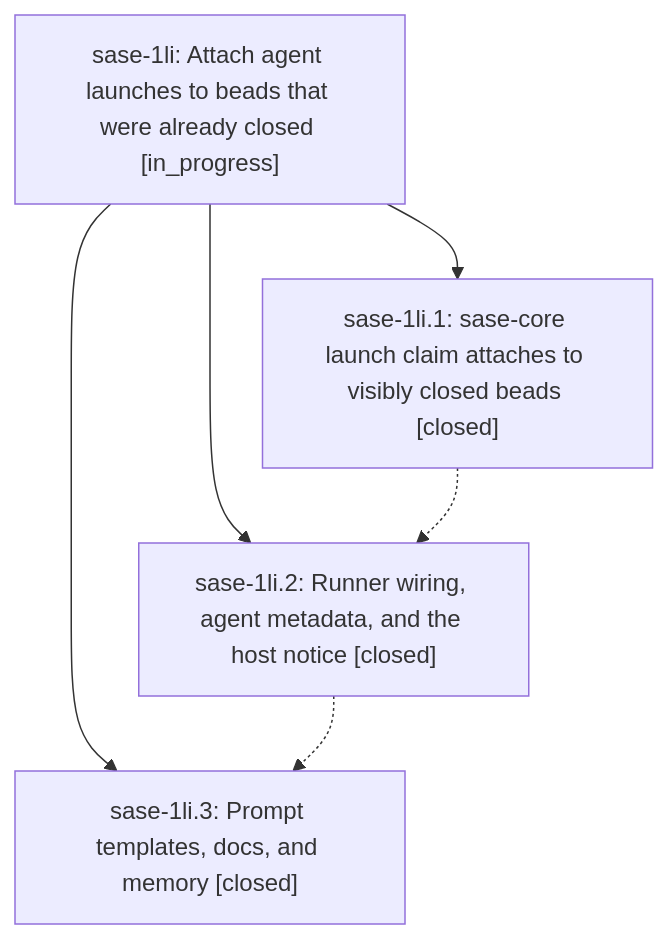
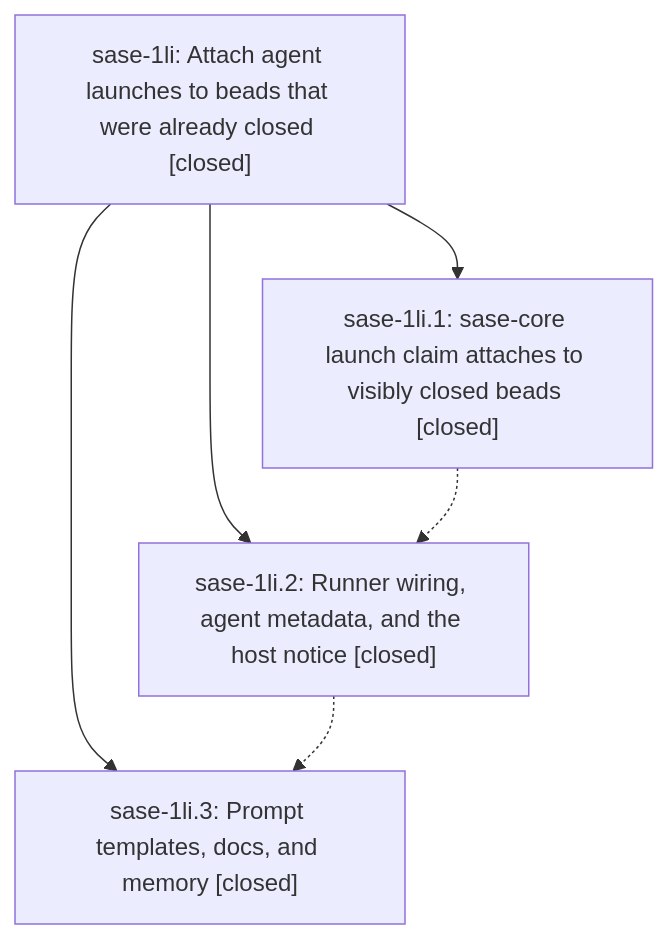
The diagram in pages/sase-1li/README.md (sase-org/sase--beads), drawn with Mermaid before and after one commit. The commit also changed other lines of this file and 1 other file, not shown here.

First line of the commit message:
chore(beads): sync bead state and pages for sase-1li

````diff
--- a/pages/sase-1li/README.md
+++ b/pages/sase-1li/README.md
@@ -38,12 +64,12 @@
 ```mermaid
 flowchart TD
-    n0["sase-1li: Attach agent launches to beads that were already closed [in_progress]"]
+    n0["sase-1li: Attach agent launches to beads that were already closed [closed]"]
     n1["sase-1li.1: sase-core launch claim attaches to visibly closed beads [closed]"]
     n2["sase-1li.2: Runner wiring, agent metadata, and the host notice [closed]"]
     n3["sase-1li.3: Prompt templates, docs, and memory [closed]"]
     n0 --> n1
     n0 --> n2
     n0 --> n3
     n1 -.-> n2
     n2 -.-> n3
 ```
````
